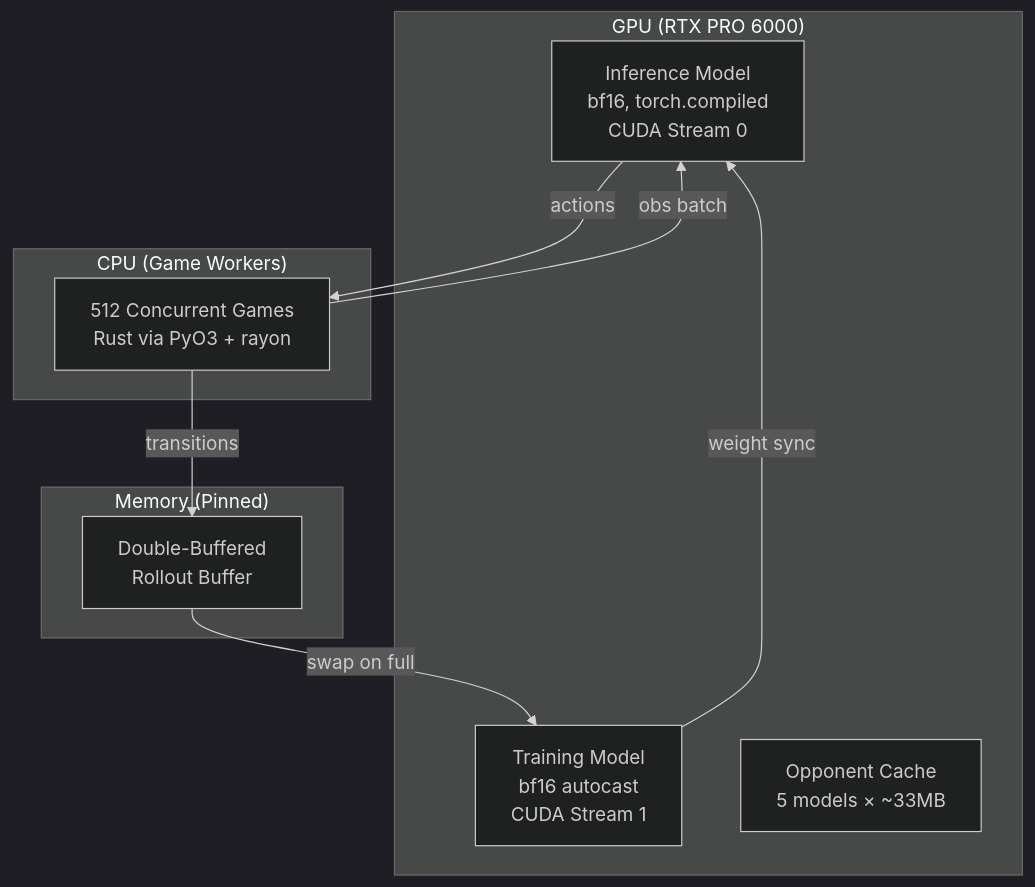
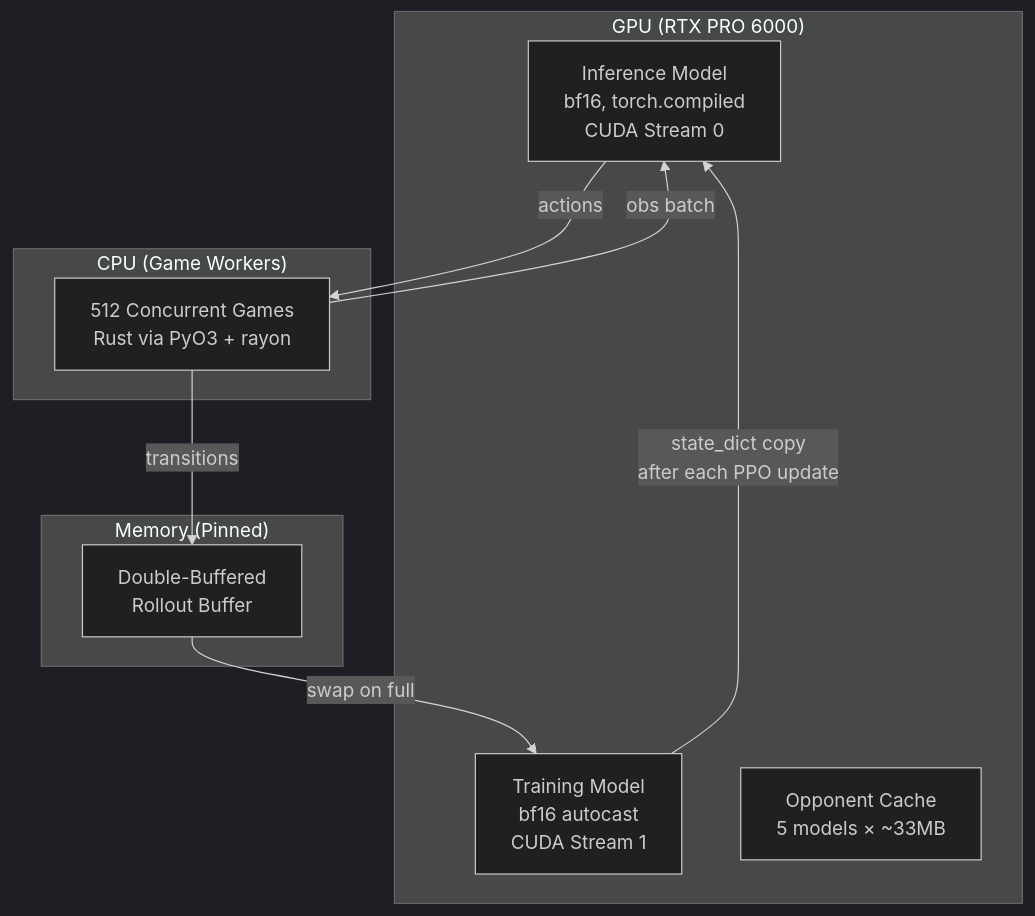
Before and after one commit to NikkeTryHard/hydra: the fifth of 7 diagrams in research/INFRASTRUCTURE.md, drawn with Mermaid (dark theme). The commit also changed other lines of this file and 1 other file, not shown here.

First line of the commit message:
docs: pin Phase 1-3 training params, data pipeline schema, and self-play infra

````diff
--- a/research/INFRASTRUCTURE.md
+++ b/research/INFRASTRUCTURE.md
@@ -631,22 +631,22 @@
 ```mermaid
 graph TB
     subgraph "GPU (RTX PRO 6000)"
         INF[Inference Model<br/>bf16, torch.compiled<br/>CUDA Stream 0]
         TRAIN[Training Model<br/>bf16 autocast<br/>CUDA Stream 1]
         POOL[Opponent Cache<br/>5 models × ~33MB]
     end
 
     subgraph "CPU (Game Workers)"
         GW[512 Concurrent Games<br/>Rust via PyO3 + rayon]
     end
 
     subgraph "Memory (Pinned)"
         RB[Double-Buffered<br/>Rollout Buffer]
     end
 
     GW -->|obs batch| INF
     INF -->|actions| GW
     GW -->|transitions| RB
     RB -->|swap on full| TRAIN
-    TRAIN -->|weight sync| INF
+    TRAIN -->|state_dict copy<br/>after each PPO update| INF
 ```
````
